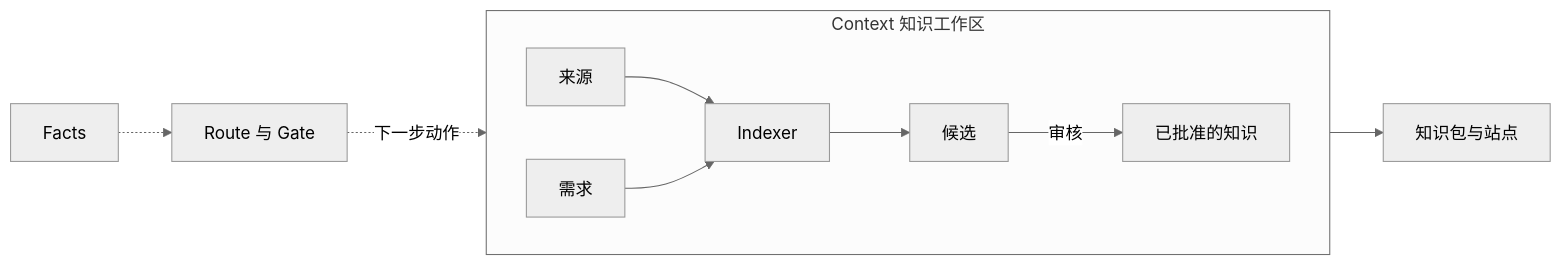
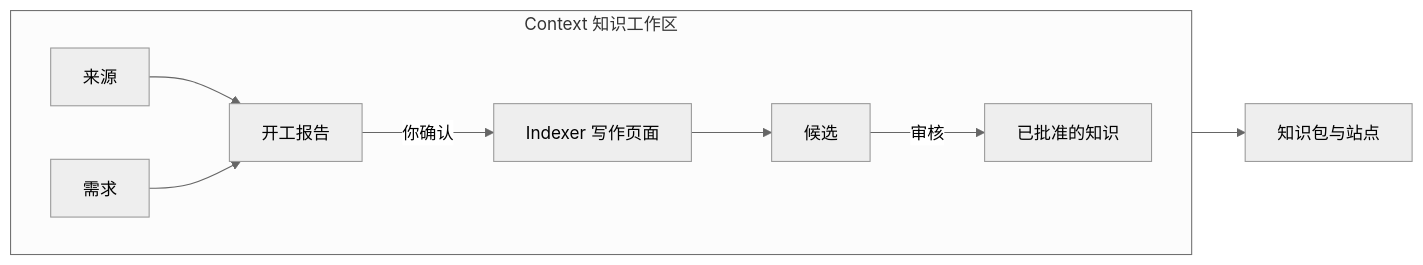
The diagram in translations/zh-CN/product/getting-started/core-concepts.md (context4ai/portal), drawn with Mermaid (neutral theme) before and after one commit. The commit also changed other lines of this file and 138 other files, not shown here.

````diff
--- a/translations/zh-CN/product/getting-started/core-concepts.md
+++ b/translations/zh-CN/product/getting-started/core-concepts.md
@@ -44,13 +16,12 @@
 ```mermaid
 flowchart LR
   subgraph ws["Context 知识工作区"]
     direction LR
-    src["来源"] --> idx["Indexer"]
-    req["需求"] --> idx
+    src["来源"] --> plan["开工报告"]
+    req["需求"] --> plan
+    plan -->|你确认| idx["Indexer 写作页面"]
     idx --> cand["候选"]
     cand -->|审核| kn["已批准的知识"]
   end
   kn --> pkg["知识包与站点"]
-  facts["Facts"] -.-> route["Route 与 Gate"]
-  route -.->|下一步动作| idx
 ```
````
